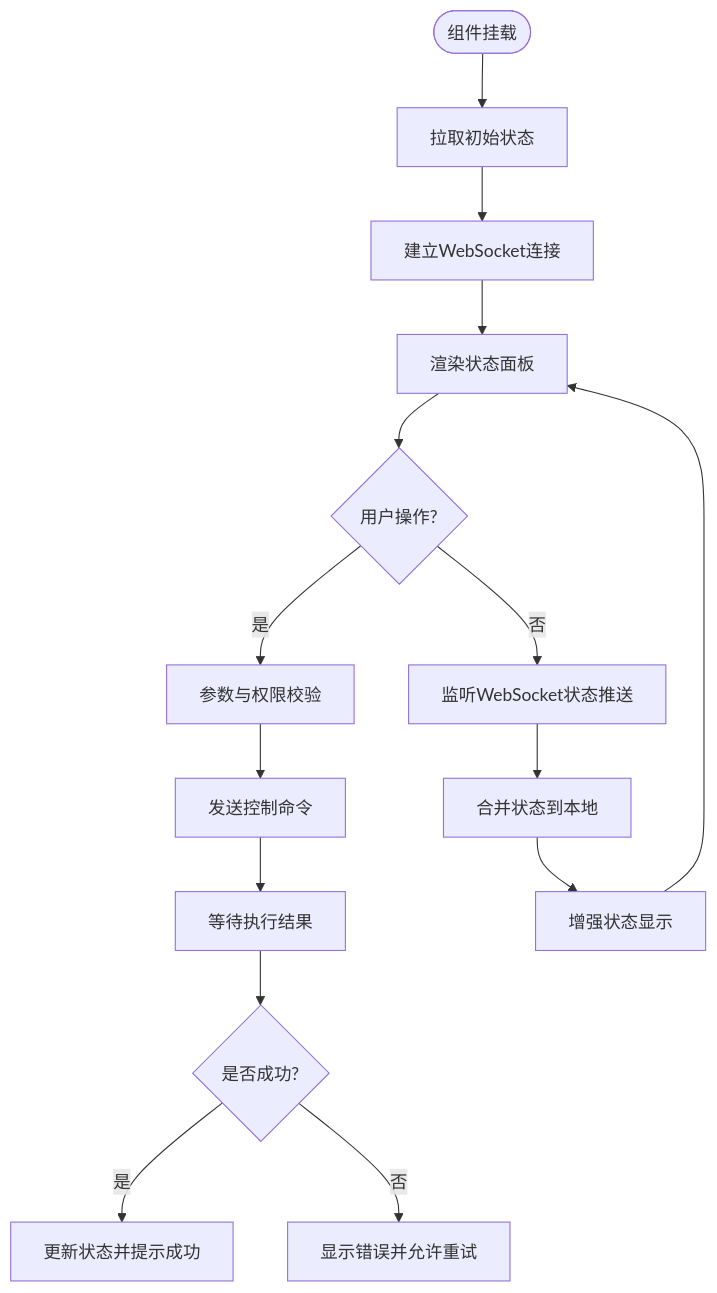
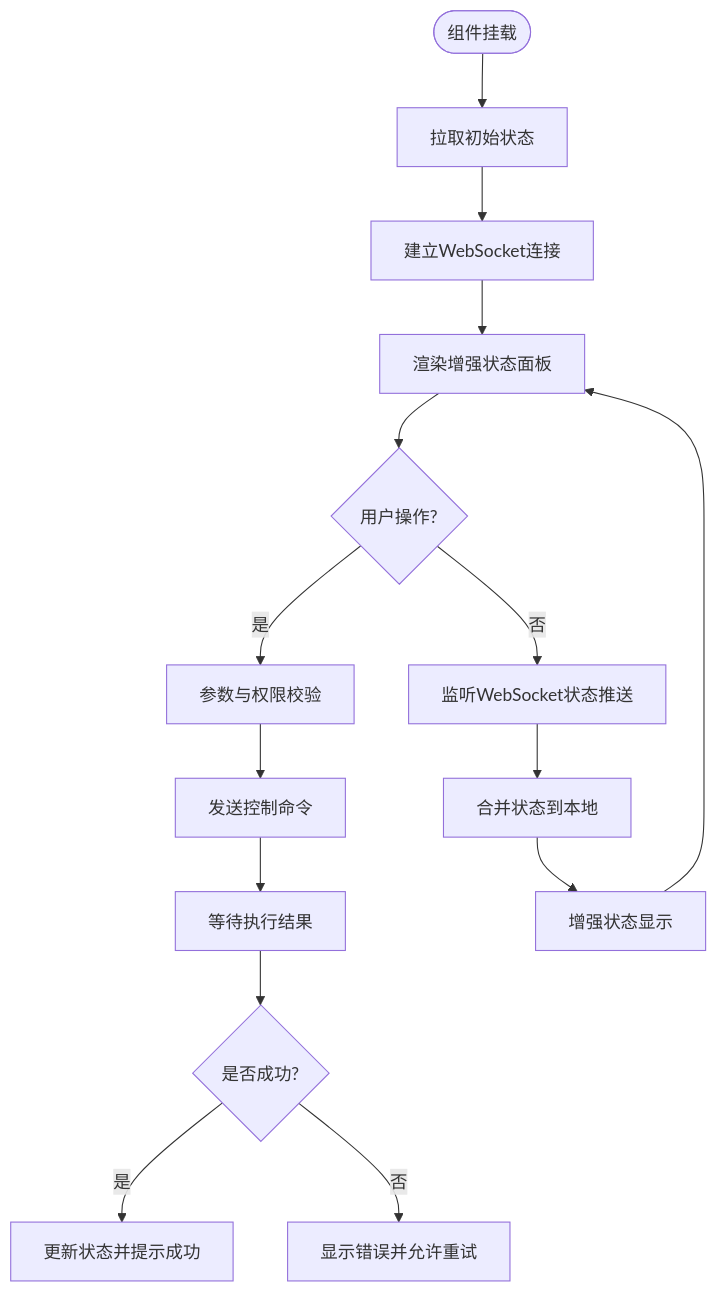
The third of 5 diagrams in .qoder/repowiki/zh/content/前端应用架构/功能组件/车辆控制组件.md (zmdhdu/NexusCockpit), drawn with Mermaid before and after one commit. The commit also changed other lines of this file and 16 other files, not shown here.

````diff
--- a/.qoder/repowiki/zh/content/前端应用架构/功能组件/车辆控制组件.md
+++ b/.qoder/repowiki/zh/content/前端应用架构/功能组件/车辆控制组件.md
@@ -202,17 +203,17 @@
 ```mermaid
 flowchart TD
 Start(["组件挂载"]) --> Fetch["拉取初始状态"]
 Fetch --> WSConnect["建立WebSocket连接"]
-WSConnect --> Render["渲染状态面板"]
+WSConnect --> Render["渲染增强状态面板"]
 Render --> UserAction{"用户操作?"}
 UserAction --> |是| Validate["参数与权限校验"]
 Validate --> SendCmd["发送控制命令"]
 SendCmd --> WaitResult["等待执行结果"]
 WaitResult --> ResultOK{"是否成功?"}
 ResultOK --> |是| UpdateState["更新状态并提示成功"]
 ResultOK --> |否| ShowError["显示错误并允许重试"]
 UserAction --> |否| ListenWS["监听WebSocket状态推送"]
 ListenWS --> MergeState["合并状态到本地"]
 MergeState --> EnhancedDisplay["增强状态显示"]
 EnhancedDisplay --> Render
 ```
````
